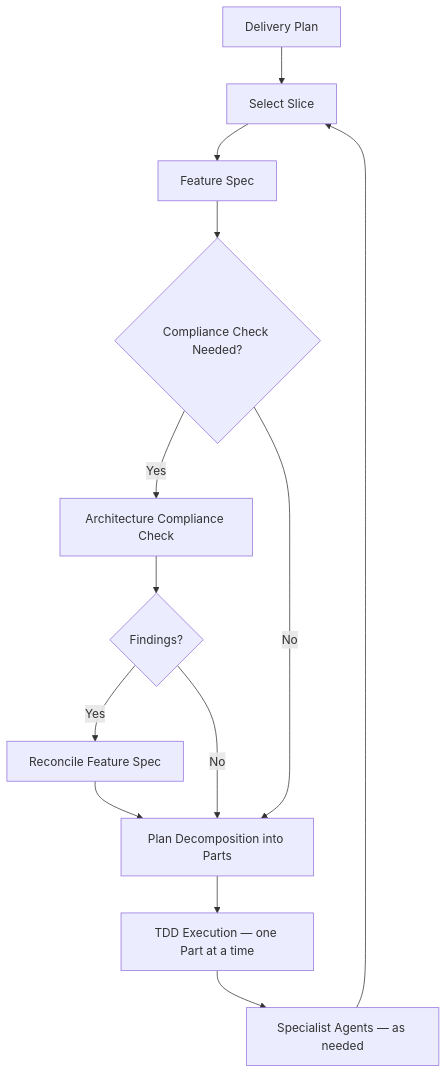
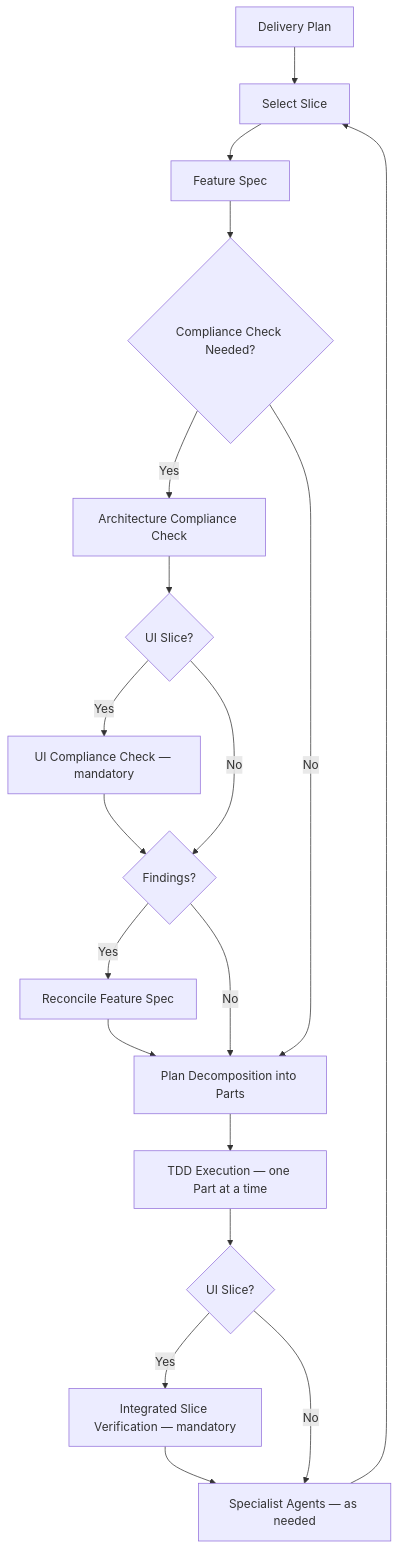
The fourth of 4 diagrams in README.md (GridCreative-CS/ai-architecture-toolkit), drawn with Mermaid before and after one commit. The commit also changed other lines of this file and 21 other files, not shown here.

````diff
--- a/README.md
+++ b/README.md
@@ -127,15 +127,21 @@
 ```mermaid
 flowchart TD
     A[Delivery Plan] --> B[Select Slice]
     B --> C[Feature Spec]
     C --> D{Compliance Check Needed?}
     D -- Yes --> E[Architecture Compliance Check]
-    E --> F{Findings?}
+    E --> E2{UI Slice?}
+    E2 -- Yes --> E3[UI Compliance Check — mandatory]
+    E3 --> F{Findings?}
+    E2 -- No --> F
     F -- Yes --> G[Reconcile Feature Spec]
     G --> H[Plan Decomposition into Parts]
     F -- No --> H
     D -- No --> H
     H --> I[TDD Execution — one Part at a time]
-    I --> J[Specialist Agents — as needed]
+    I --> I2{UI Slice?}
+    I2 -- Yes --> I3[Integrated Slice Verification — mandatory]
+    I3 --> J[Specialist Agents — as needed]
+    I2 -- No --> J
     J --> B
 ```
````
